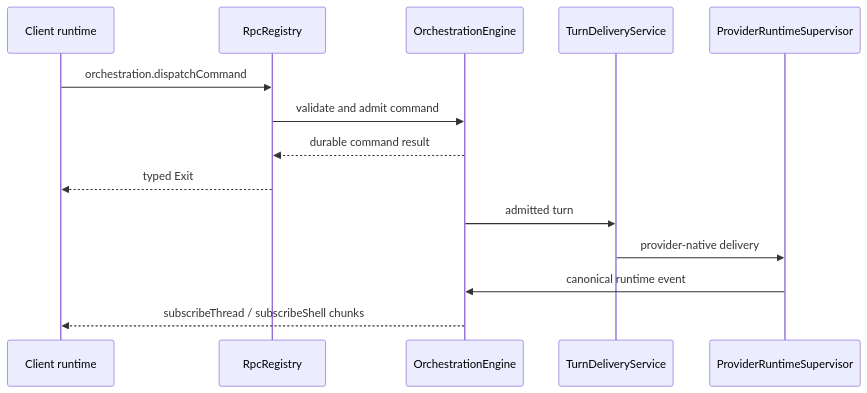
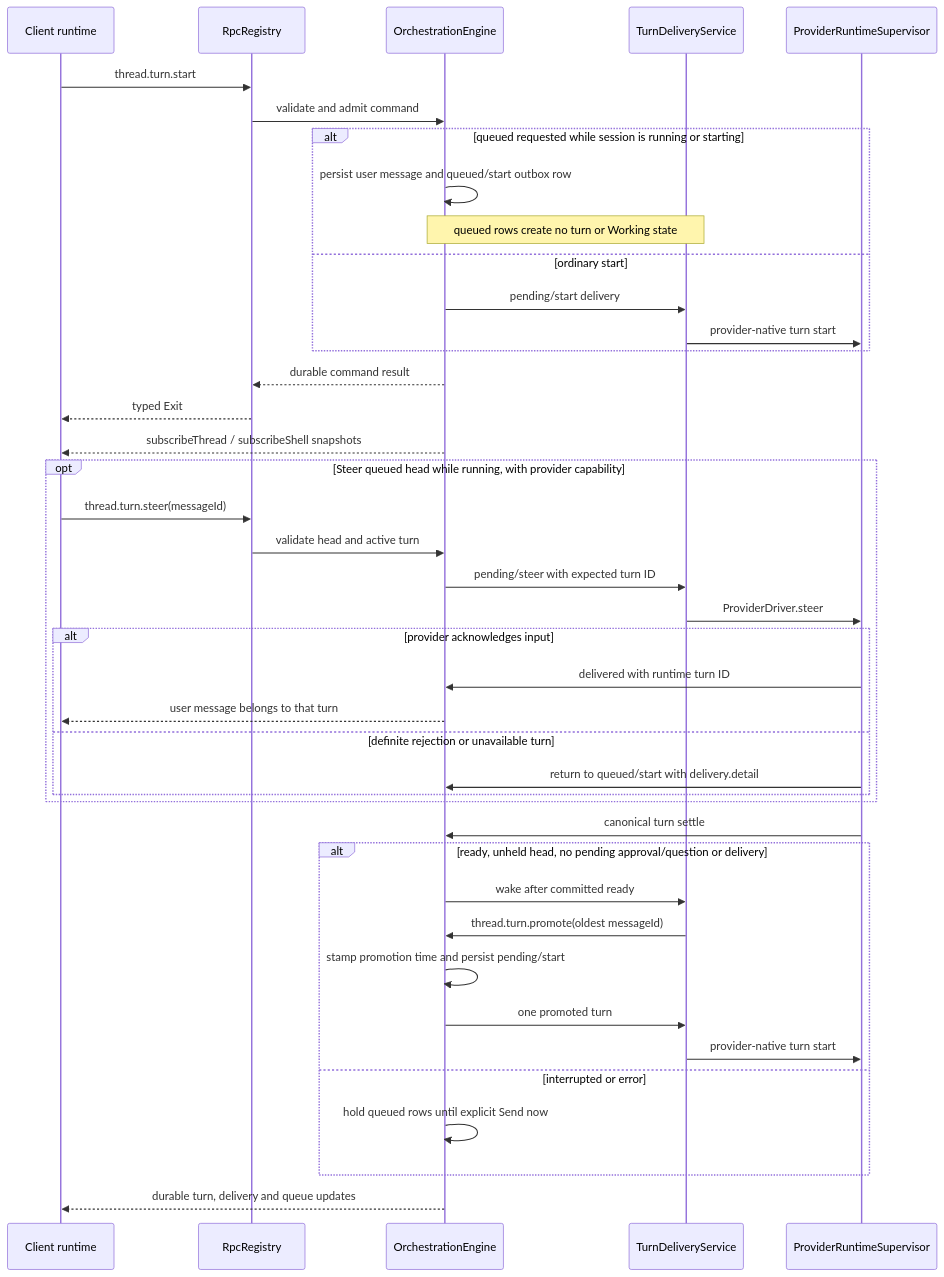
The first of 2 diagrams in docs/architecture/rpc-and-orchestration.md (mubeda/BibCode), drawn with Mermaid before and after one commit. The commit also changed other lines of this file and 97 other files, not shown here.

````diff
--- a/docs/architecture/rpc-and-orchestration.md
+++ b/docs/architecture/rpc-and-orchestration.md
@@ -1222,17 +1222,46 @@
 ```mermaid
 sequenceDiagram
   participant UI as Client runtime
   participant RPC as RpcRegistry
   participant Engine as OrchestrationEngine
   participant Delivery as TurnDeliveryService
   participant Provider as ProviderRuntimeSupervisor
 
-  UI->>RPC: orchestration.dispatchCommand
+  UI->>RPC: thread.turn.start
   RPC->>Engine: validate and admit command
+  alt queued requested while session is running or starting
+    Engine->>Engine: persist user message and queued/start outbox row
+    Note over Engine,Delivery: queued rows create no turn or Working state
+  else ordinary start
+    Engine->>Delivery: pending/start delivery
+    Delivery->>Provider: provider-native turn start
+  end
   Engine-->>RPC: durable command result
   RPC-->>UI: typed Exit
-  Engine->>Delivery: admitted turn
-  Delivery->>Provider: provider-native delivery
-  Provider->>Engine: canonical runtime event
-  Engine-->>UI: subscribeThread / subscribeShell chunks
+  Engine-->>UI: subscribeThread / subscribeShell snapshots
+
+  opt Steer queued head while running, with provider capability
+    UI->>RPC: thread.turn.steer(messageId)
+    RPC->>Engine: validate head and active turn
+    Engine->>Delivery: pending/steer with expected turn ID
+    Delivery->>Provider: ProviderDriver.steer
+    alt provider acknowledges input
+      Provider->>Engine: delivered with runtime turn ID
+      Engine-->>UI: user message belongs to that turn
+    else definite rejection or unavailable turn
+      Provider->>Engine: return to queued/start with delivery.detail
+    end
+  end
+
+  Provider->>Engine: canonical turn settle
+  alt ready, unheld head, no pending approval/question or delivery
+    Engine->>Delivery: wake after committed ready
+    Delivery->>Engine: thread.turn.promote(oldest messageId)
+    Engine->>Engine: stamp promotion time and persist pending/start
+    Engine->>Delivery: one promoted turn
+    Delivery->>Provider: provider-native turn start
+  else interrupted or error
+    Engine->>Engine: hold queued rows until explicit Send now
+  end
+  Engine-->>UI: durable turn, delivery and queue updates
 ```
````
